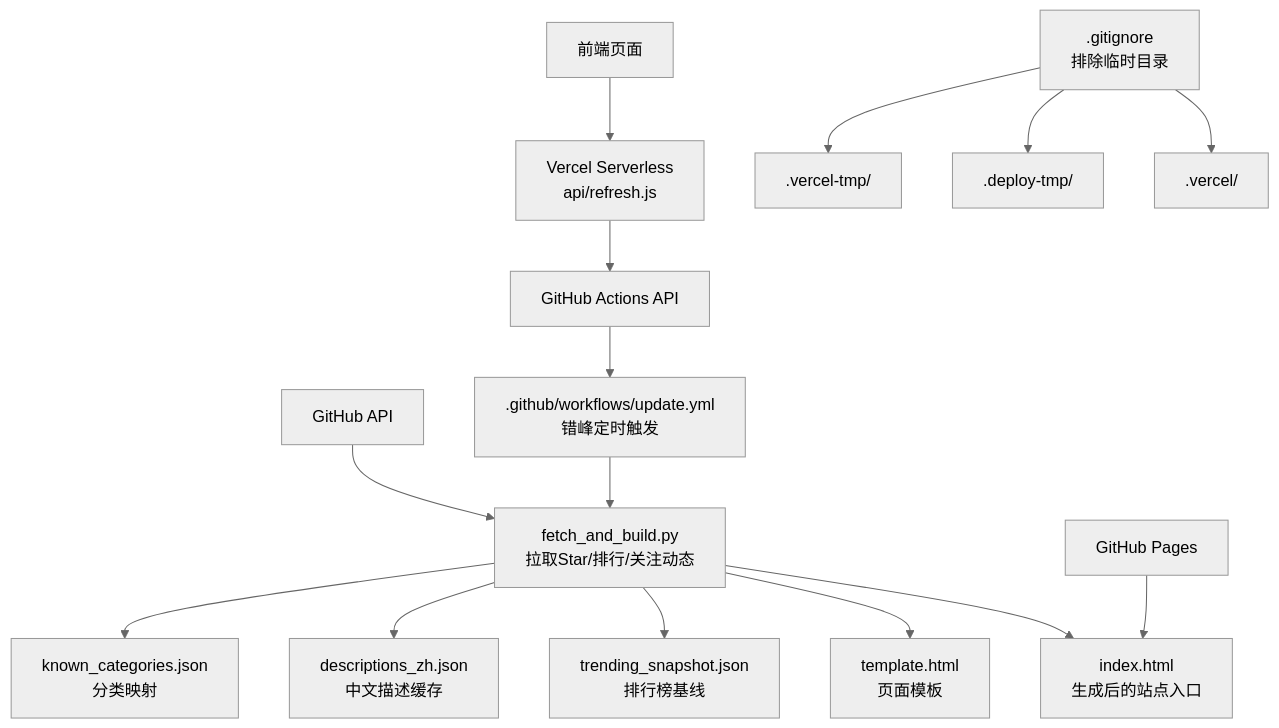
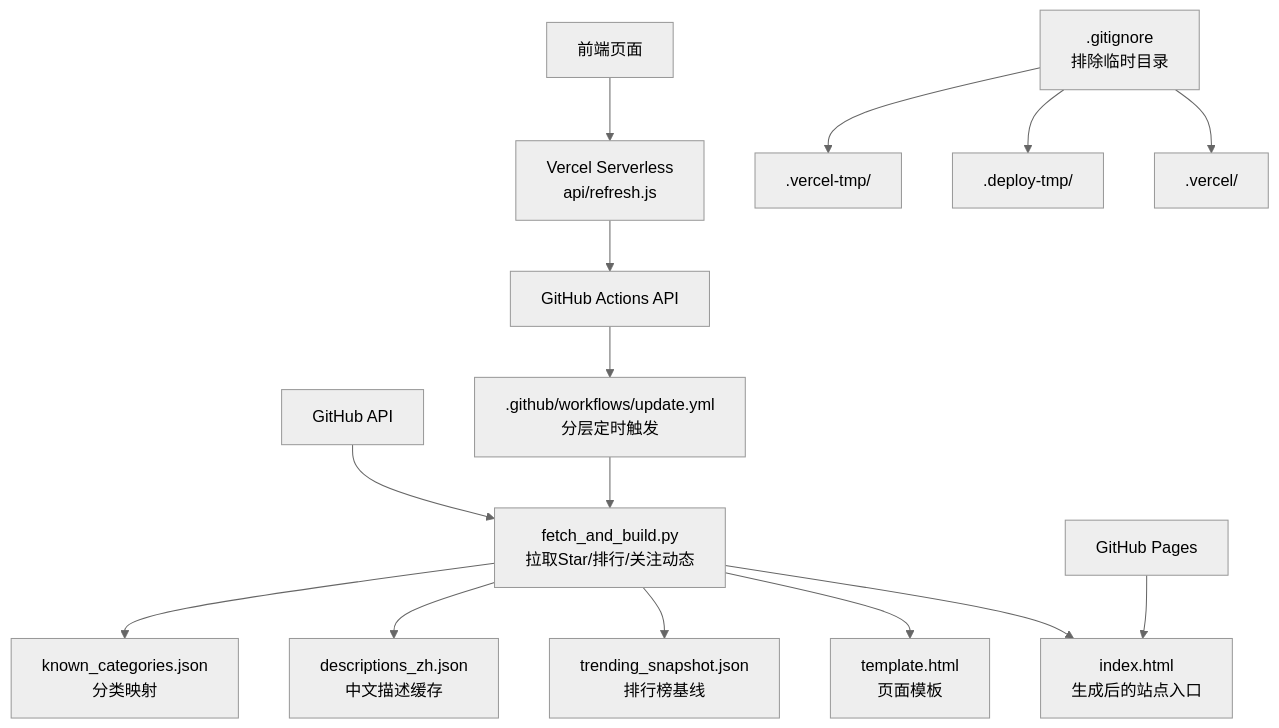
One commit to Kwei168/starhub changed the first of 6 diagrams in .qoder/repowiki/zh/content/部署指南.md. Above: the diagram before and after it, drawn with Mermaid (neutral theme). The commit also changed other lines of this file and 18 other files, not shown here.

Commit message:
docs: sync StarHub Wiki architecture

````diff
--- a/.qoder/repowiki/zh/content/部署指南.md
+++ b/.qoder/repowiki/zh/content/部署指南.md
@@ -58,17 +94,17 @@
 ```mermaid
 graph TB
 A["GitHub API"] --> B["fetch_and_build.py<br/>拉取Star/排行/关注动态"]
 B --> C["known_categories.json<br/>分类映射"]
 B --> D["descriptions_zh.json<br/>中文描述缓存"]
 B --> E["trending_snapshot.json<br/>排行榜基线"]
 B --> F["template.html<br/>页面模板"]
 B --> G["index.html<br/>生成后的站点入口"]
-H[".github/workflows/update.yml<br/>错峰定时触发"] --> B
+H[".github/workflows/update.yml<br/>分层定时触发"] --> B
 I["GitHub Pages"] --> G
 J["Vercel Serverless<br/>api/refresh.js"] --> K["GitHub Actions API"]
 K --> H
 L["前端页面"] --> J
 M[".gitignore<br/>排除临时目录"] --> N[".vercel-tmp/"]
 M --> O[".deploy-tmp/"]
 M --> P[".vercel/"]
 ```
````
